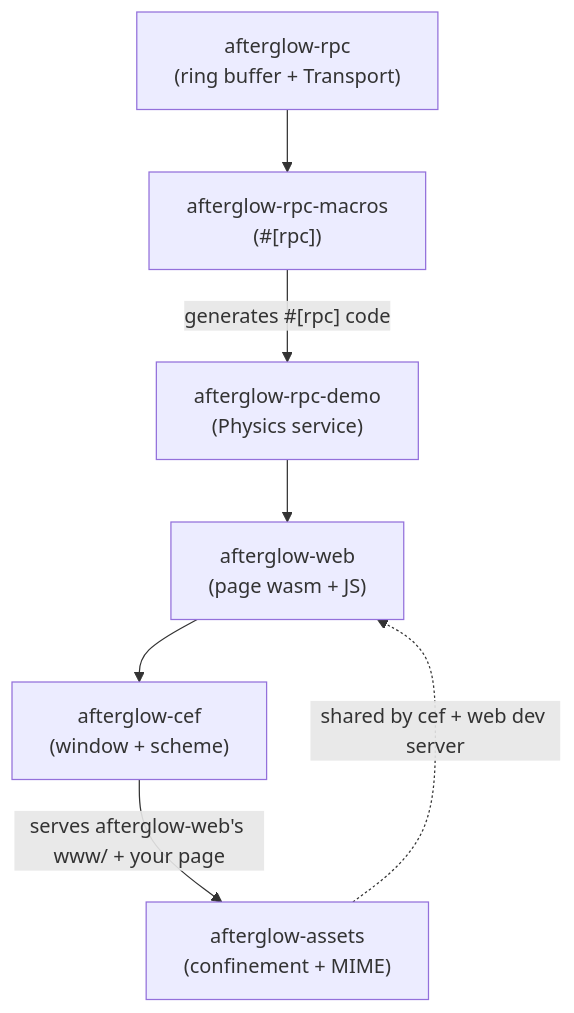
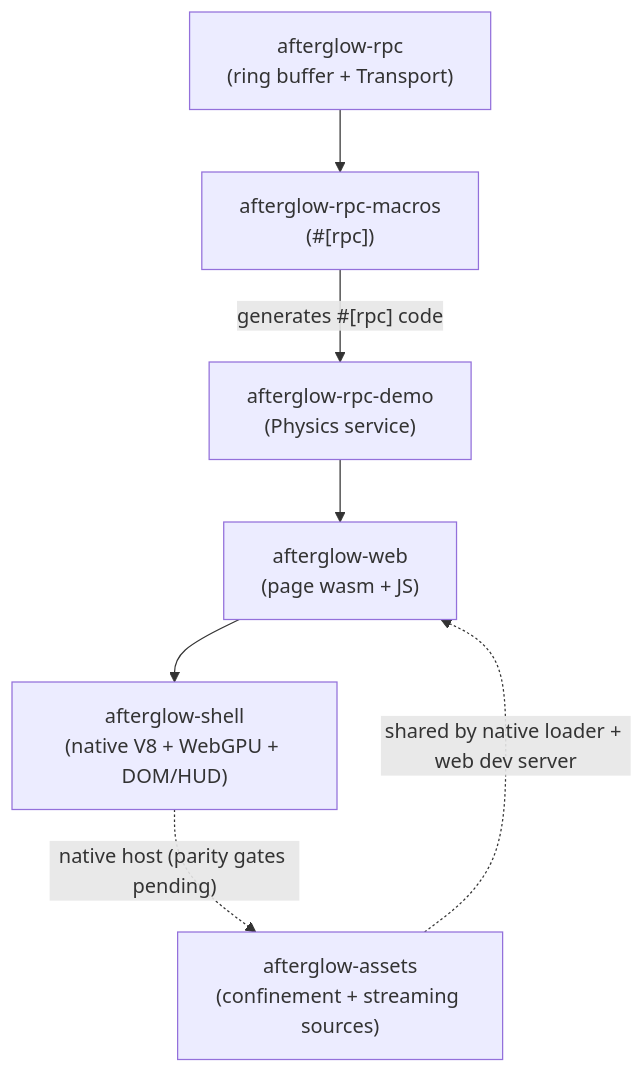
One commit to skyne98/afterglow-engine changed the diagram in book/src/reference/crate-map.md. Above: the diagram before and after it, drawn with Mermaid. The commit also changed other lines of this file and 981 other files, not shown here.

First line of the commit message:
feat(shell): native timers, pointer lock, monitor refresh rate, keyboard fix

````diff
--- a/book/src/reference/crate-map.md
+++ b/book/src/reference/crate-map.md
@@ -22,16 +23,16 @@
 ```mermaid
 flowchart TB
   rpc["afterglow-rpc<br/>(ring buffer + Transport)"]
   mac["afterglow-rpc-macros<br/>(#[rpc])"]
   demo["afterglow-rpc-demo<br/>(Physics service)"]
   web["afterglow-web<br/>(page wasm + JS)"]
-  cef["afterglow-cef<br/>(window + scheme)"]
-  assets["afterglow-assets<br/>(confinement + MIME)"]
+  shell["afterglow-shell<br/>(native V8 + WebGPU + DOM/HUD)"]
+  assets["afterglow-assets<br/>(confinement + streaming sources)"]
 
   rpc --> mac
   mac -->|"generates #[rpc] code"| demo
   demo --> web
-  web --> cef
-  cef -->|"serves afterglow-web's www/ + your page"| assets
-  assets -.->|"shared by cef + web dev server"| web
+  web --> shell
+  shell -.->|"native host (parity gates pending)"| assets
+  assets -.->|"shared by native loader + web dev server"| web
 ```
````
